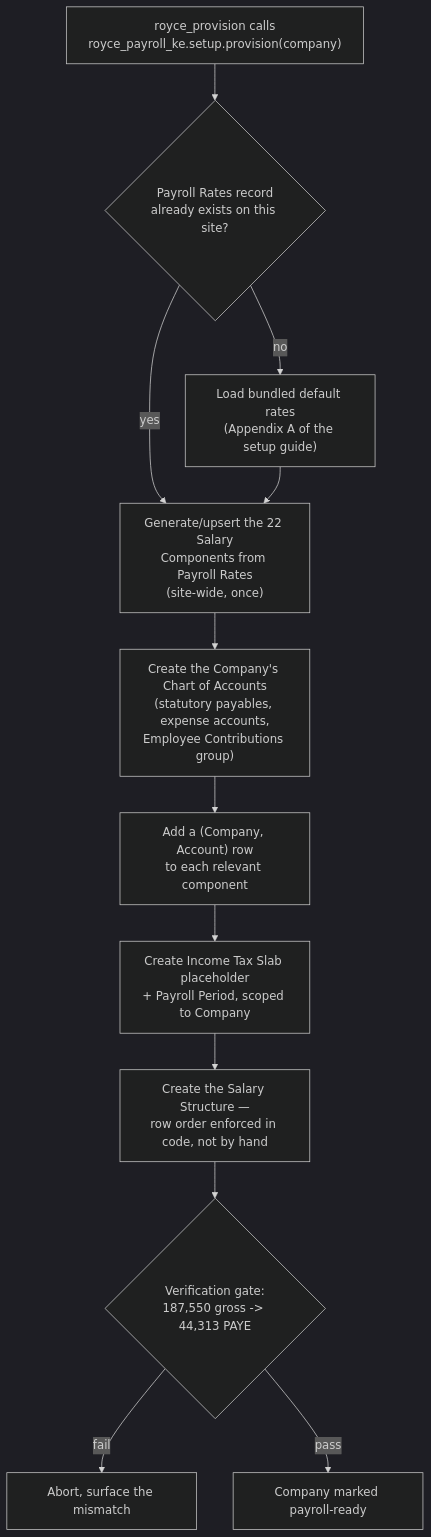
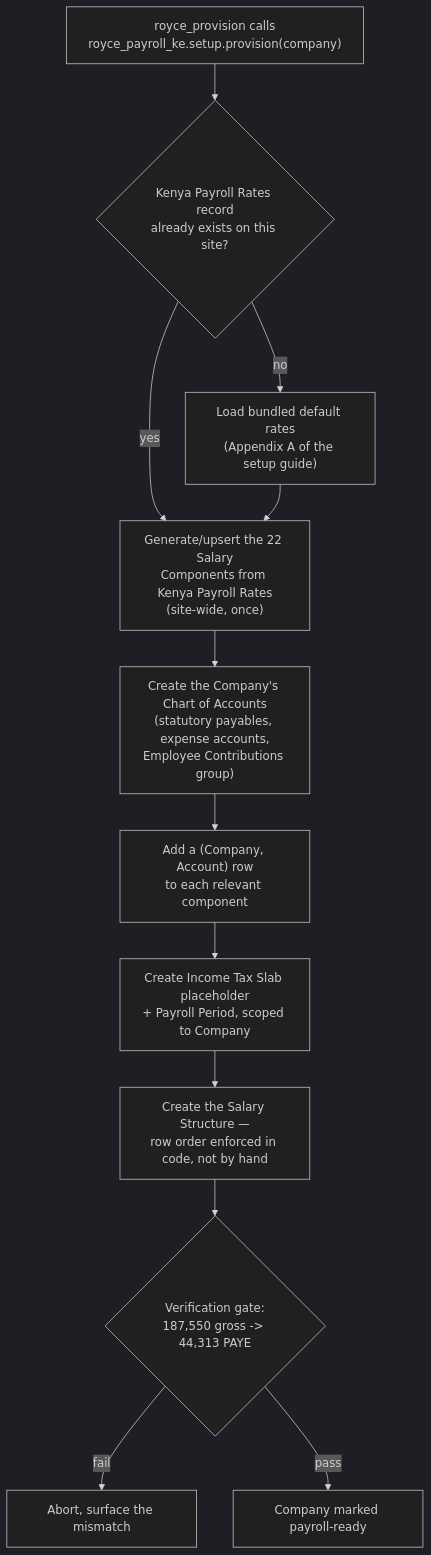
One commit to royceltd/en_royce_payroll_ke changed the third of 4 diagrams in docs/architecture.md. Above: the diagram before and after it, drawn with Mermaid (dark theme). The commit also changed other lines of this file and 84 other files, not shown here.

First line of the commit message:
Customer-facing names: Kenya Payroll (ADR-021)

````diff
--- a/docs/architecture.md
+++ b/docs/architecture.md
@@ -482,14 +482,14 @@
 ```mermaid
 flowchart TD
-    A["royce_provision calls\nroyce_payroll_ke.setup.provision(company)"] --> B{"Payroll Rates record\nalready exists on this site?"}
+    A["royce_provision calls\nroyce_payroll_ke.setup.provision(company)"] --> B{"Kenya Payroll Rates record\nalready exists on this site?"}
     B -- no --> C["Load bundled default rates\n(Appendix A of the setup guide)"]
     B -- yes --> D
-    C --> D["Generate/upsert the 22 Salary\nComponents from Payroll Rates\n(site-wide, once)"]
+    C --> D["Generate/upsert the 22 Salary\nComponents from Kenya Payroll Rates\n(site-wide, once)"]
     D --> E["Create the Company's Chart of Accounts\n(statutory payables, expense accounts,\nEmployee Contributions group)"]
     E --> F["Add a (Company, Account) row\nto each relevant component"]
     F --> G["Create Income Tax Slab placeholder\n+ Payroll Period, scoped to Company"]
     G --> H["Create the Salary Structure —\nrow order enforced in code, not by hand"]
     H --> I{"Verification gate:\n187,550 gross -> 44,313 PAYE"}
     I -- fail --> J["Abort, surface the mismatch"]
     I -- pass --> K["Company marked payroll-ready"]
 ```
````
